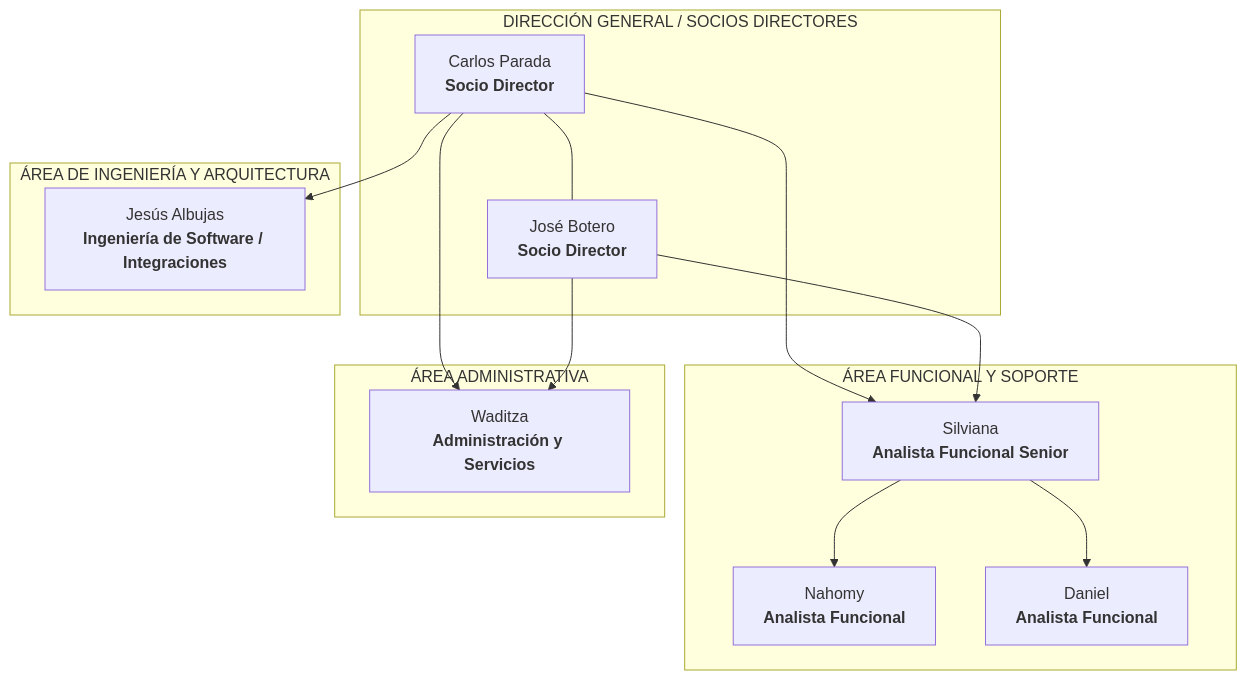
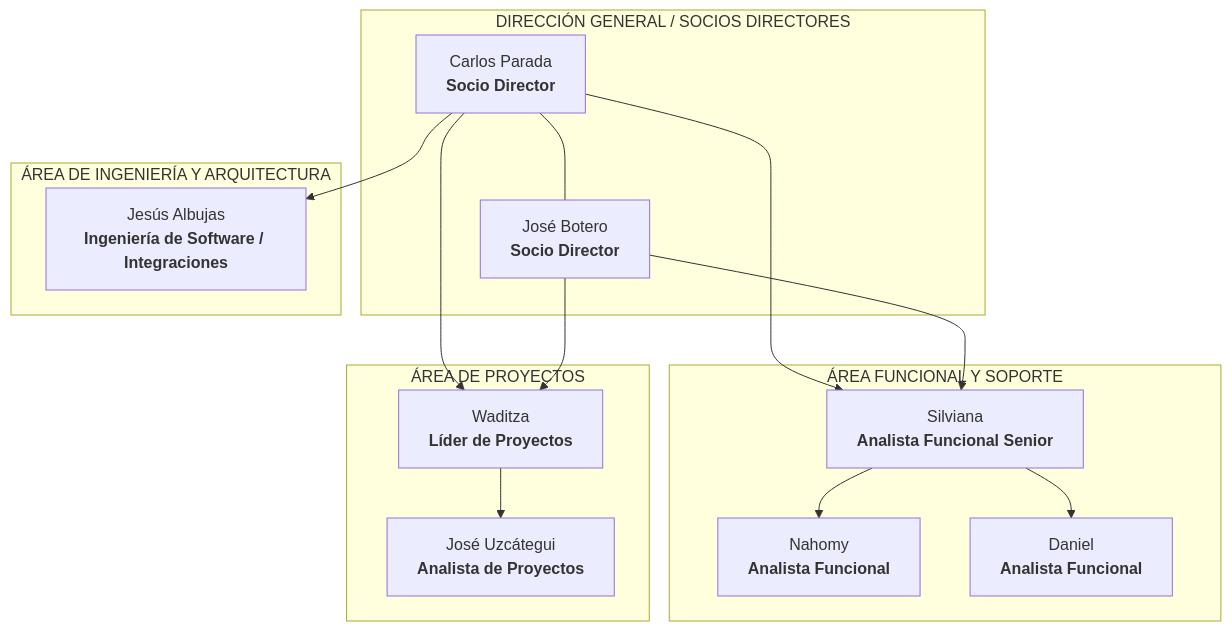
One commit to jesusalbujas/CONTROL-PST changed the diagram in docs/proyectos/pst-4-auditoria-albany-fase-1.md. Above: the diagram before and after it, drawn with Mermaid. The commit also changed other lines of this file and 2 other files, not shown here.

Commit message:
docs(pst-4): correct Waditza to Projects area with Jose Uzcategui

````diff
--- a/docs/proyectos/pst-4-auditoria-albany-fase-1.md
+++ b/docs/proyectos/pst-4-auditoria-albany-fase-1.md
@@ -40,31 +42,34 @@
 ```mermaid
 graph TD
     subgraph sub_Dir ["DIRECCIÓN GENERAL / SOCIOS DIRECTORES"]
         CP["Carlos Parada<br><b>Socio Director</b>"]
         JB["José Botero<br><b>Socio Director</b>"]
     end
 
     subgraph sub_Func ["ÁREA FUNCIONAL Y SOPORTE"]
         SIL["Silviana<br><b>Analista Funcional Senior</b>"]
         NAH["Nahomy<br><b>Analista Funcional</b>"]
         DAN["Daniel<br><b>Analista Funcional</b>"]
     end
 
     subgraph sub_Tec ["ÁREA DE INGENIERÍA Y ARQUITECTURA"]
         JA["Jesús Albujas<br><b>Ingeniería de Software / Integraciones</b>"]
     end
 
-    subgraph sub_Adm ["ÁREA ADMINISTRATIVA"]
-        WAD["Waditza<br><b>Administración y Servicios</b>"]
+    subgraph sub_Proy ["ÁREA DE PROYECTOS"]
+        WAD["Waditza<br><b>Líder de Proyectos</b>"]
+        JUZ["José Uzcátegui<br><b>Analista de Proyectos</b>"]
     end
 
     CP --- JB
     CP --> SIL
     JB --> SIL
     SIL --> NAH
     SIL --> DAN
 
     CP --> JA
+
     CP --> WAD
     JB --> WAD
+    WAD --> JUZ
 ```
````
